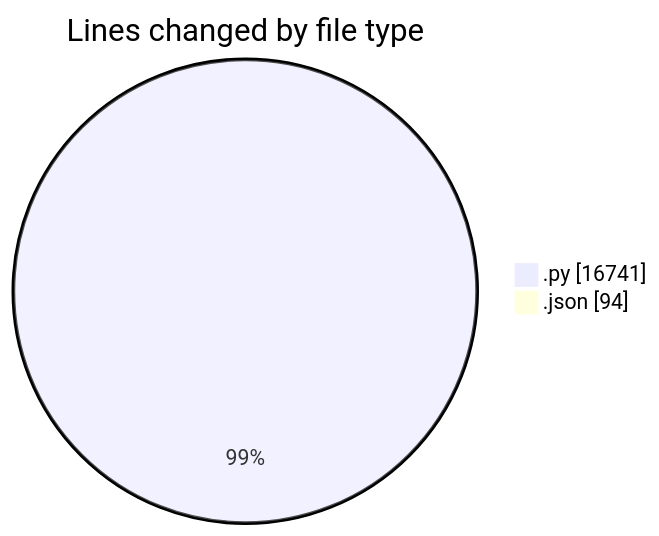
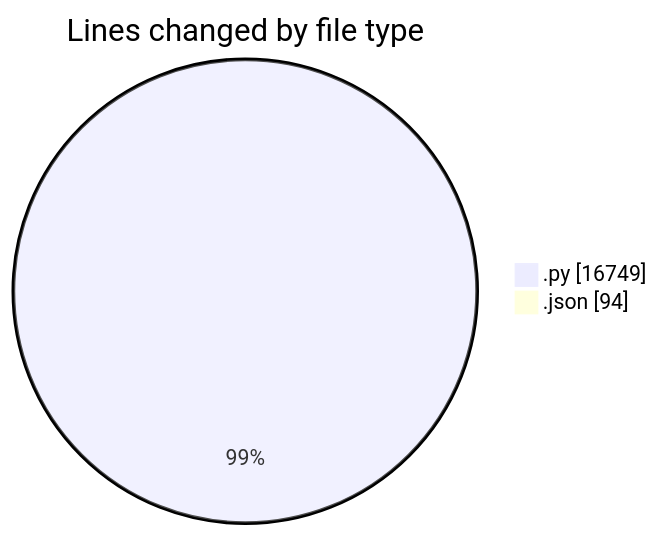
The first of 2 diagrams in 2025-07-14/telebot/README.md (jrari/code-tracking), drawn with Mermaid before and after one commit. The commit also changed other lines of this file and 1 other file, not shown here.

````diff
--- a/2025-07-14/telebot/README.md
+++ b/2025-07-14/telebot/README.md
@@ -40,6 +40,6 @@
 ```mermaid
 pie showData
 title Lines changed by file type
-".py" : 16741
+".py" : 16749
 ".json" : 94
 ```
````
